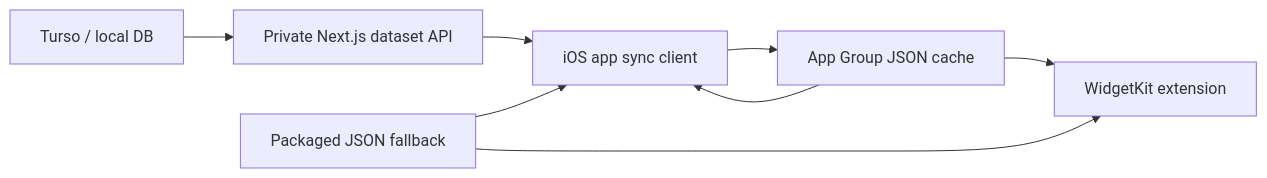
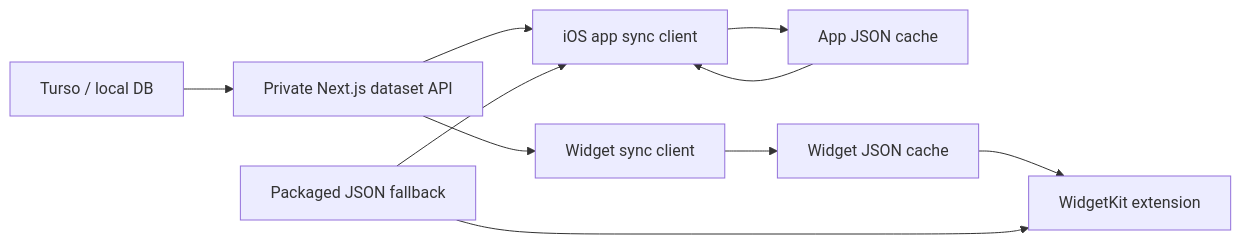
One commit to andreabbelli-glitch/japanese-pretrainer changed the diagram in docs/superpowers/specs/2026-06-11-daily-kanji-ios-smart-sync-design.md. Above: the diagram before and after it, drawn with Mermaid. The commit also changed other lines of this file and 4 other files, not shown here.

````diff
--- a/docs/superpowers/specs/2026-06-11-daily-kanji-ios-smart-sync-design.md
+++ b/docs/superpowers/specs/2026-06-11-daily-kanji-ios-smart-sync-design.md
@@ -40,10 +40,12 @@
 ```mermaid
 flowchart LR
   DB["Turso / local DB"] --> API["Private Next.js dataset API"]
   API --> APP["iOS app sync client"]
-  APP --> CACHE["App Group JSON cache"]
-  CACHE --> APP
-  CACHE --> WIDGET["WidgetKit extension"]
+  API --> WIDGETSYNC["Widget sync client"]
+  APP --> APPCACHE["App JSON cache"]
+  WIDGETSYNC --> WIDGETCACHE["Widget JSON cache"]
+  APPCACHE --> APP
+  WIDGETCACHE --> WIDGET["WidgetKit extension"]
   BUNDLE["Packaged JSON fallback"] --> APP
   BUNDLE --> WIDGET
 ```
````
